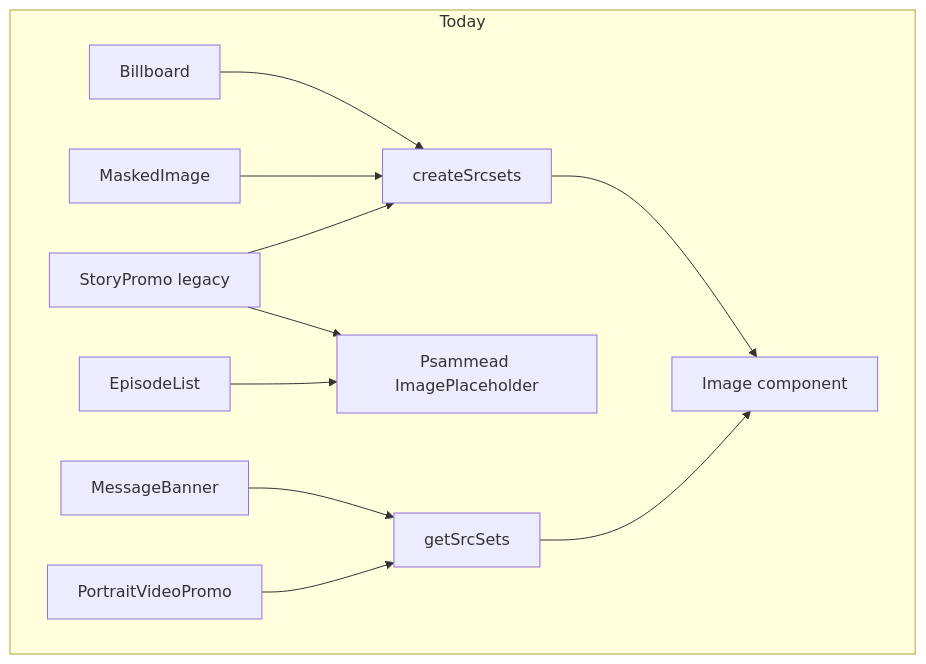
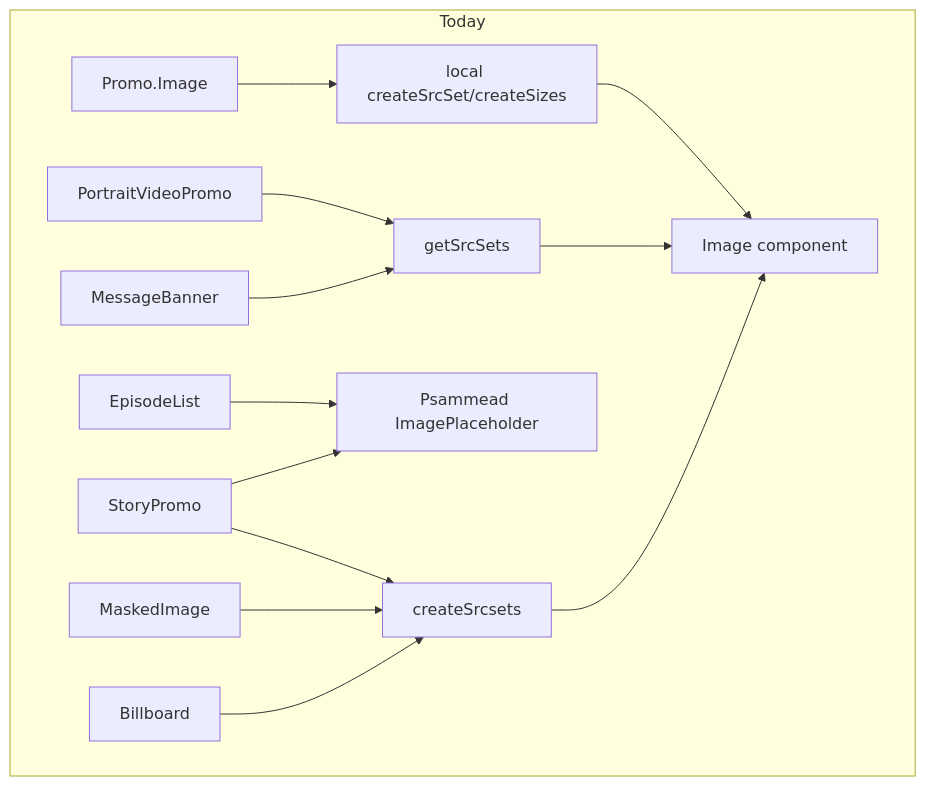
Before and after one commit to bbc/simorgh: the first of 3 diagrams in docs/Image-Component-Migration-Plan.mdx, drawn with Mermaid. The commit also changed other lines of this file, not shown here.

Commit message:
Correct image migration audit

````diff
--- a/docs/Image-Component-Migration-Plan.mdx
+++ b/docs/Image-Component-Migration-Plan.mdx
@@ -36,14 +38,16 @@
 ```mermaid
 flowchart TD
     subgraph Today
         Billboard1[Billboard] --> srcSet1[createSrcsets]
         MaskedImage1[MaskedImage] --> srcSet1
-        StoryPromo1[StoryPromo legacy] --> srcSet1
+      StoryPromo1[StoryPromo] --> srcSet1
+      PromoImage1[Promo.Image] --> LocalSrcSet[local createSrcSet/createSizes]
         StoryPromo1 --> Placeholder1[Psammead ImagePlaceholder]
         EpisodeList1[EpisodeList] --> Placeholder1
         MessageBanner1[MessageBanner] --> getSrcSets1[getSrcSets]
         PortraitVideoPromo1[PortraitVideoPromo] --> getSrcSets1
         srcSet1 --> Image1[Image component]
         getSrcSets1 --> Image1
+      LocalSrcSet --> Image1
     end
 ```
````
